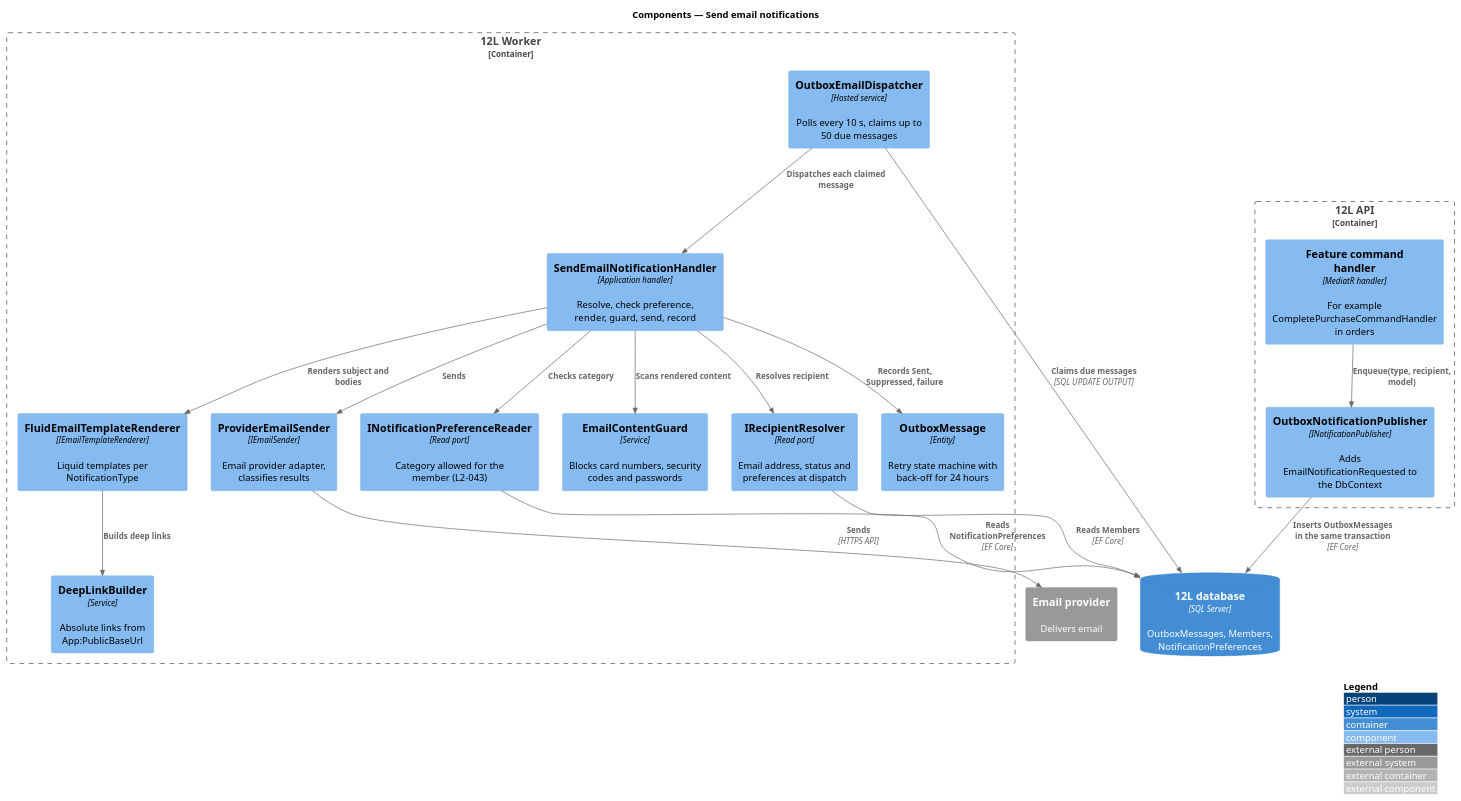
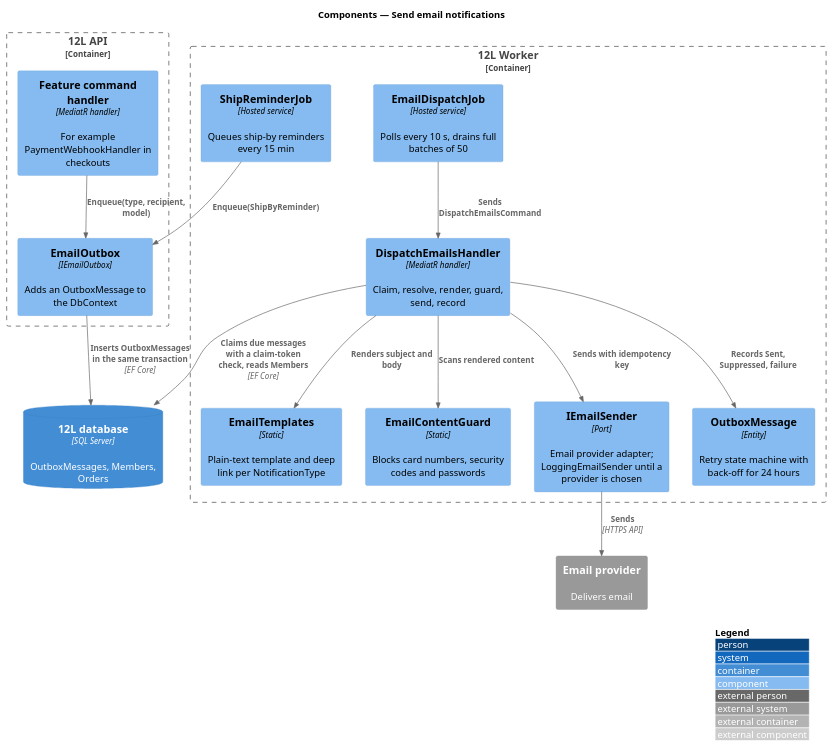
The diagram in docs/detailed-designs/notifications/send-email-notifications/diagrams/c4-component.puml (QuinntyneBrown/12l), drawn with PlantUML before and after one commit. The commit also changed 20 other files, not shown here.

First line of the commit message:
Document send-email-notifications: design, ADR, L2-042, ship-order, estimates

```diff
--- a/docs/detailed-designs/notifications/send-email-notifications/diagrams/c4-component.puml
+++ b/docs/detailed-designs/notifications/send-email-notifications/diagrams/c4-component.puml
@@ -1,38 +1,32 @@
 @startuml
 !include <C4/C4_Component>
 LAYOUT_WITH_LEGEND()
 title Components — Send email notifications
 
 Container_Boundary(api, "12L API") {
-  Component(producer, "Feature command handler", "MediatR handler", "For example CompletePurchaseCommandHandler in orders")
-  Component(publisher, "OutboxNotificationPublisher", "INotificationPublisher", "Adds EmailNotificationRequested to the DbContext")
+  Component(producer, "Feature command handler", "MediatR handler", "For example PaymentWebhookHandler in checkouts")
+  Component(publisher, "EmailOutbox", "IEmailOutbox", "Adds an OutboxMessage to the DbContext")
 }
 Container_Boundary(worker, "12L Worker") {
-  Component(dispatcher, "OutboxEmailDispatcher", "Hosted service", "Polls every 10 s, claims up to 50 due messages")
-  Component(handler, "SendEmailNotificationHandler", "Application handler", "Resolve, check preference, render, guard, send, record")
-  Component(resolver, "IRecipientResolver", "Read port", "Email address, status and preferences at dispatch")
-  Component(prefs, "INotificationPreferenceReader", "Read port", "Category allowed for the member (L2-043)")
-  Component(renderer, "FluidEmailTemplateRenderer", "IEmailTemplateRenderer", "Liquid templates per NotificationType")
-  Component(links, "DeepLinkBuilder", "Service", "Absolute links from App:PublicBaseUrl")
-  Component(guard, "EmailContentGuard", "Service", "Blocks card numbers, security codes and passwords")
-  Component(sender, "ProviderEmailSender", "IEmailSender", "Email provider adapter, classifies results")
+  Component(dispatcher, "EmailDispatchJob", "Hosted service", "Polls every 10 s, drains full batches of 50")
+  Component(reminders, "ShipReminderJob", "Hosted service", "Queues ship-by reminders every 15 min")
+  Component(handler, "DispatchEmailsHandler", "MediatR handler", "Claim, resolve, render, guard, send, record")
+  Component(renderer, "EmailTemplates", "Static", "Plain-text template and deep link per NotificationType")
+  Component(guard, "EmailContentGuard", "Static", "Blocks card numbers, security codes and passwords")
+  Component(sender, "IEmailSender", "Port", "Email provider adapter; LoggingEmailSender until a provider is chosen")
   Component(outbox, "OutboxMessage", "Entity", "Retry state machine with back-off for 24 hours")
 }
-ContainerDb(db, "12L database", "SQL Server", "OutboxMessages, Members, NotificationPreferences")
+ContainerDb(db, "12L database", "SQL Server", "OutboxMessages, Members, Orders")
 System_Ext(email, "Email provider", "Delivers email")
 
 Rel(producer, publisher, "Enqueue(type, recipient, model)")
 Rel(publisher, db, "Inserts OutboxMessages in the same transaction", "EF Core")
-Rel(dispatcher, db, "Claims due messages", "SQL UPDATE OUTPUT")
-Rel(dispatcher, handler, "Dispatches each claimed message")
-Rel(handler, resolver, "Resolves recipient")
-Rel(handler, prefs, "Checks category")
-Rel(handler, renderer, "Renders subject and bodies")
-Rel(renderer, links, "Builds deep links")
+Rel(reminders, publisher, "Enqueue(ShipByReminder)")
+Rel(dispatcher, handler, "Sends DispatchEmailsCommand")
+Rel(handler, db, "Claims due messages with a claim-token check, reads Members", "EF Core")
+Rel(handler, renderer, "Renders subject and body")
 Rel(handler, guard, "Scans rendered content")
-Rel(handler, sender, "Sends")
+Rel(handler, sender, "Sends with idempotency key")
 Rel(handler, outbox, "Records Sent, Suppressed, failure")
 Rel(sender, email, "Sends", "HTTPS API")
-Rel(resolver, db, "Reads Members", "EF Core")
-Rel(prefs, db, "Reads NotificationPreferences", "EF Core")
 @enduml
```
